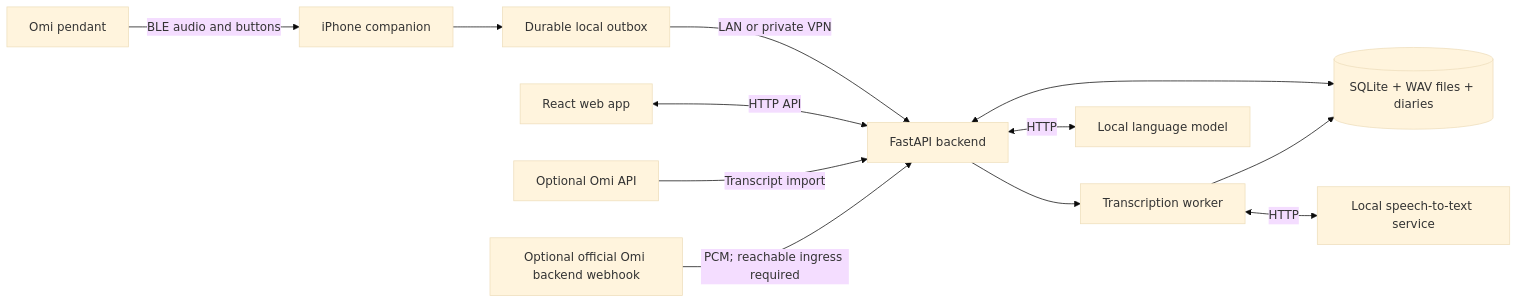
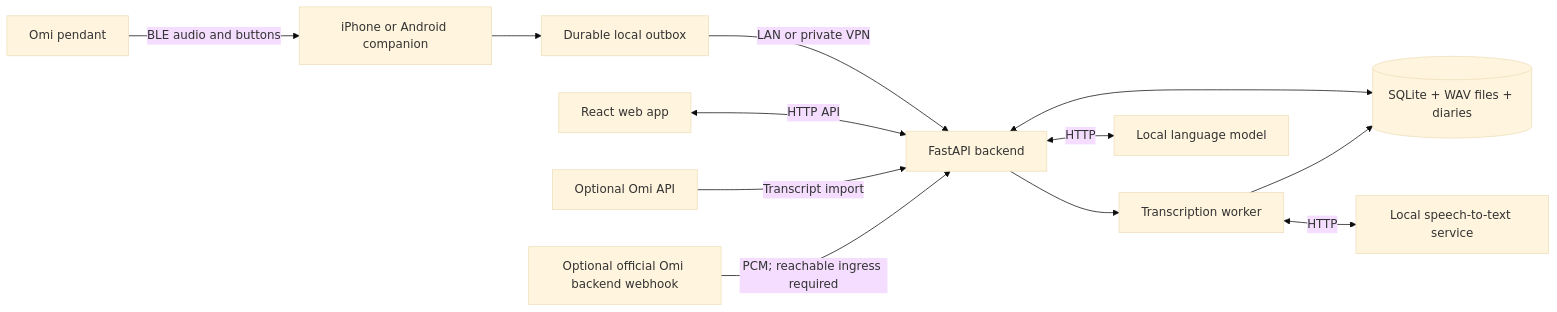
One commit to madslundt/Daythread changed the diagram in README.md. Above: the diagram before and after it, drawn with Mermaid (base theme). The commit also changed other lines of this file and 76 other files, not shown here.

````diff
--- a/README.md
+++ b/README.md
@@ -132,14 +132,14 @@
 ```mermaid
 flowchart LR
-    O[Omi pendant] -->|BLE audio and buttons| P[iPhone companion]
+    O[Omi pendant] -->|BLE audio and buttons| P[iPhone or Android companion]
     P --> Q[Durable local outbox]
     Q -->|LAN or private VPN| B[FastAPI backend]
     W[React web app] <-->|HTTP API| B
     B <--> D[(SQLite + WAV files + diaries)]
     B --> T[Transcription worker]
     T <-->|HTTP| S[Local speech-to-text service]
     T --> D
     B <-->|HTTP| L[Local language model]
     C[Optional Omi API] -->|Transcript import| B
     F[Optional official Omi backend webhook] -->|PCM; reachable ingress required| B
 ```
````
